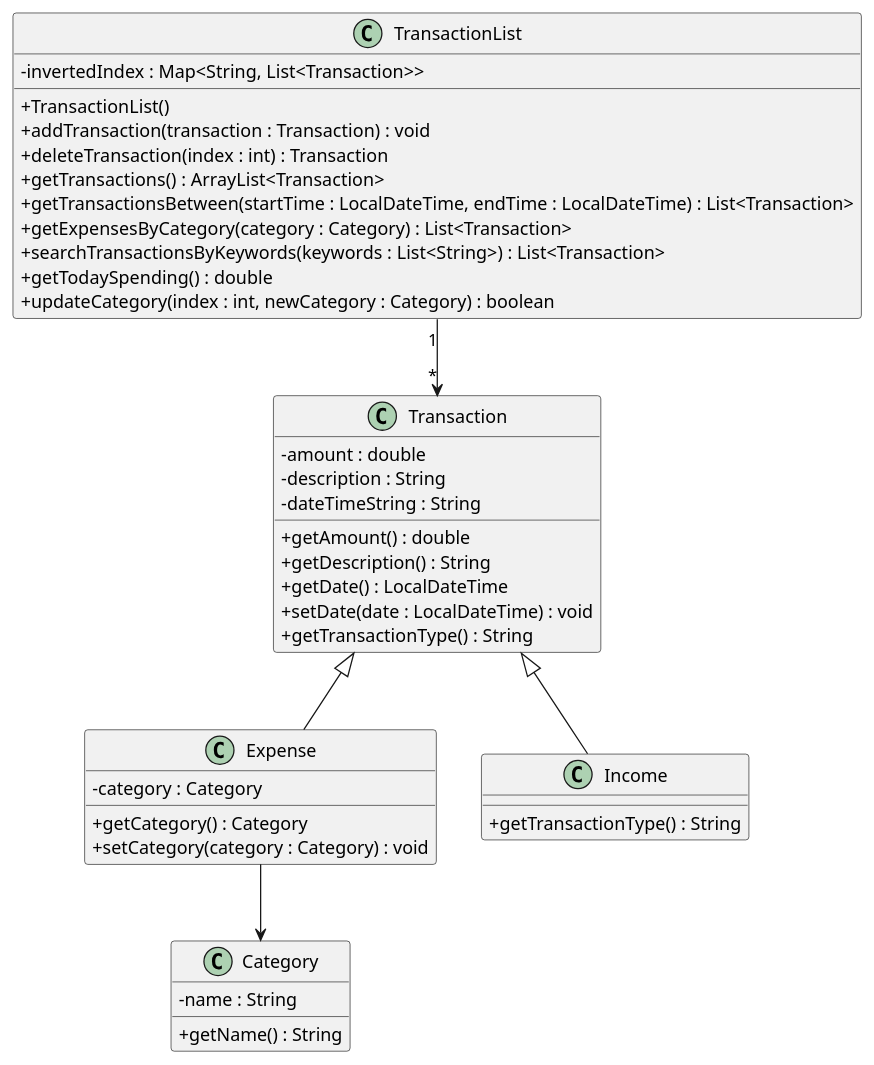
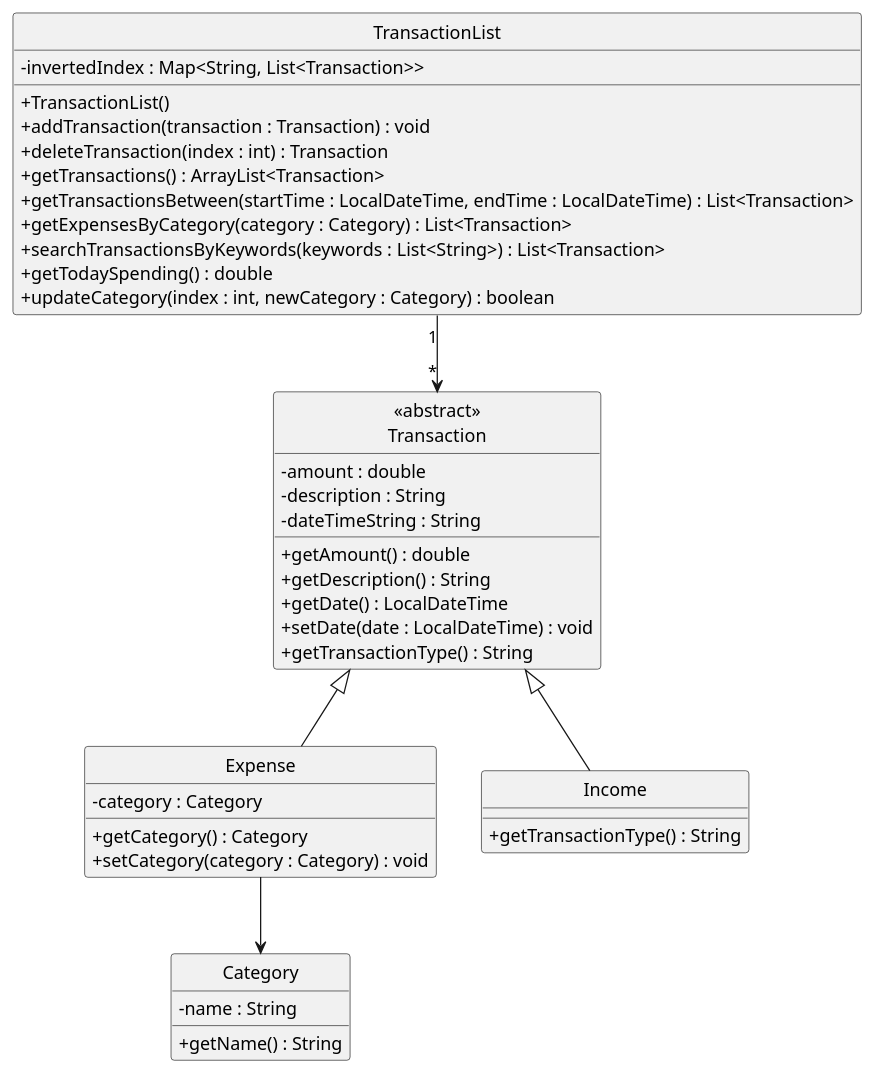
Before and after one commit to nus-cs2113-AY2425S1/tp: the diagram in docs/plantUMLCode/transactionlist-class-diagram.puml, drawn with PlantUML. The commit also changed 6 other files, not shown here.

Commit message:
Add diagrams

```diff
--- a/docs/plantUMLCode/transactionlist-class-diagram.puml
+++ b/docs/plantUMLCode/transactionlist-class-diagram.puml
@@ -1,51 +1,52 @@
 @startuml
 skinparam classAttributeIconSize 0
+hide circle
 class TransactionList {
     - invertedIndex : Map<String, List<Transaction>>
 
     + TransactionList()
     + addTransaction(transaction : Transaction) : void
     + deleteTransaction(index : int) : Transaction
     + getTransactions() : ArrayList<Transaction>
     + getTransactionsBetween(startTime : LocalDateTime, endTime : LocalDateTime) : List<Transaction>
     + getExpensesByCategory(category : Category) : List<Transaction>
     + searchTransactionsByKeywords(keywords : List<String>) : List<Transaction>
     + getTodaySpending() : double
     + updateCategory(index : int, newCategory : Category) : boolean
 }
 
-class Transaction {
+class "<<abstract>>\nTransaction" {
     -  amount : double
     - description : String
     - dateTimeString : String
 
     + getAmount() : double
     + getDescription() : String
     + getDate() : LocalDateTime
     + setDate(date : LocalDateTime) : void
     + getTransactionType() : String
 }
 
-class Expense extends Transaction {
+class Expense extends "<<abstract>>\nTransaction" {
     - category : Category
 
     + getCategory() : Category
     + setCategory(category : Category) : void
 }
 
-class Income extends Transaction {
+class Income extends "<<abstract>>\nTransaction" {
     + getTransactionType() : String
 }
 
 class Category {
     - name : String
 
     + getName() : String
 }
 
-TransactionList "1" --> "*" Transaction
+TransactionList "1" --> "*" "<<abstract>>\nTransaction"
 
 
 Expense --> Category
 
 @enduml
```
